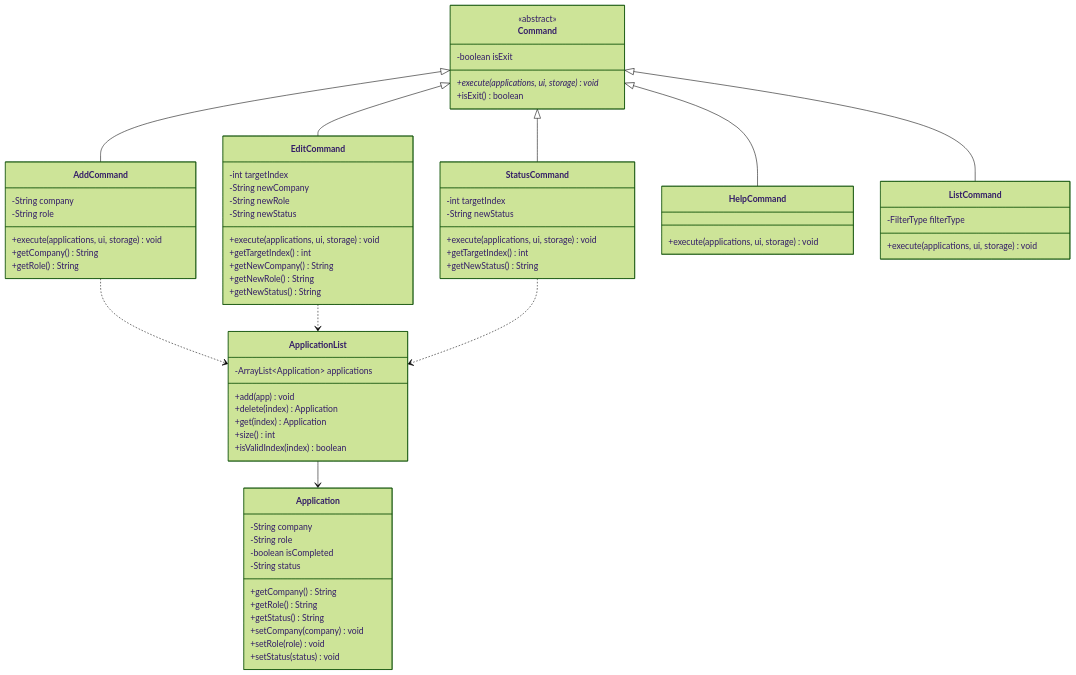
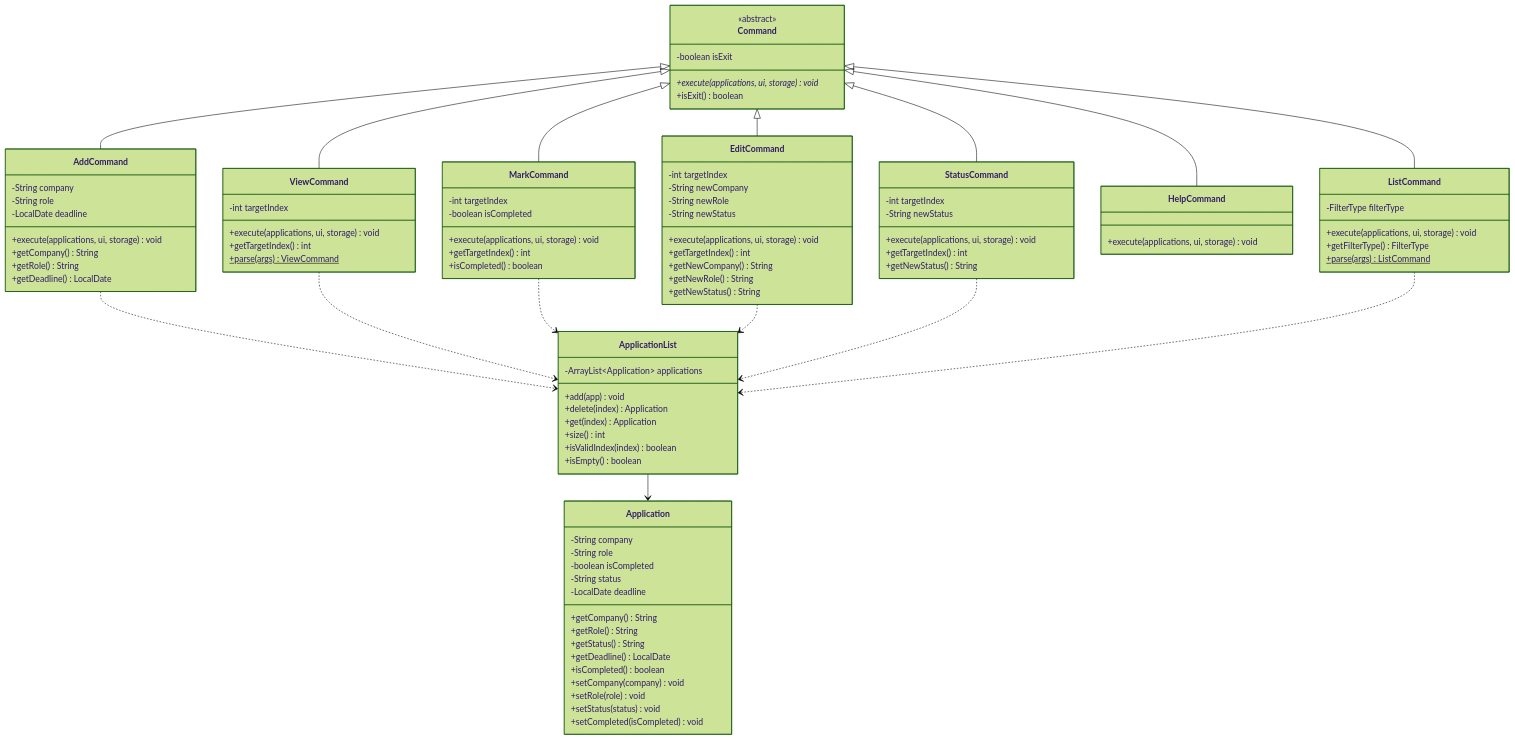
Before and after one commit to AY2627S1-CS2113-T10-2/tp: the first of 10 diagrams in docs/DeveloperGuide.md, drawn with Mermaid (forest theme). The commit also changed other lines of this file and 7 other files, not shown here.

Commit message:
docs: update UG and DG for view, list filtering, and mark features

````diff
--- a/docs/DeveloperGuide.md
+++ b/docs/DeveloperGuide.md
@@ -21,9 +21,24 @@
     class AddCommand {
         -String company
         -String role
+        -LocalDate deadline
         +execute(applications, ui, storage) void
         +getCompany() String
         +getRole() String
+        +getDeadline() LocalDate
+    }
+    class ViewCommand {
+        -int targetIndex
+        +execute(applications, ui, storage) void
+        +getTargetIndex() int
+        +parse(args)$ ViewCommand
+    }
+    class MarkCommand {
+        -int targetIndex
+        -boolean isCompleted
+        +execute(applications, ui, storage) void
+        +getTargetIndex() int
+        +isCompleted() boolean
     }
     class EditCommand {
         -int targetIndex
@@ -49,6 +64,8 @@
     class ListCommand {
         -FilterType filterType
         +execute(applications, ui, storage) void
+        +getFilterType() FilterType
+        +parse(args)$ ListCommand
     }
     class ApplicationList {
         -ArrayList~Application~ applications
@@ -57,26 +74,36 @@
         +get(index) Application
         +size() int
         +isValidIndex(index) boolean
+        +isEmpty() boolean
     }
     class Application {
         -String company
         -String role
         -boolean isCompleted
         -String status
+        -LocalDate deadline
         +getCompany() String
         +getRole() String
         +getStatus() String
+        +getDeadline() LocalDate
+        +isCompleted() boolean
         +setCompany(company) void
         +setRole(role) void
         +setStatus(status) void
+        +setCompleted(isCompleted) void
     }
     Command <|-- AddCommand
+    Command <|-- ViewCommand
+    Command <|-- MarkCommand
     Command <|-- EditCommand
     Command <|-- StatusCommand
     Command <|-- HelpCommand
     Command <|-- ListCommand
     ApplicationList --> Application
     AddCommand ..> ApplicationList
+    ViewCommand ..> ApplicationList
+    MarkCommand ..> ApplicationList
     EditCommand ..> ApplicationList
     StatusCommand ..> ApplicationList
+    ListCommand ..> ApplicationList
 ```
````
